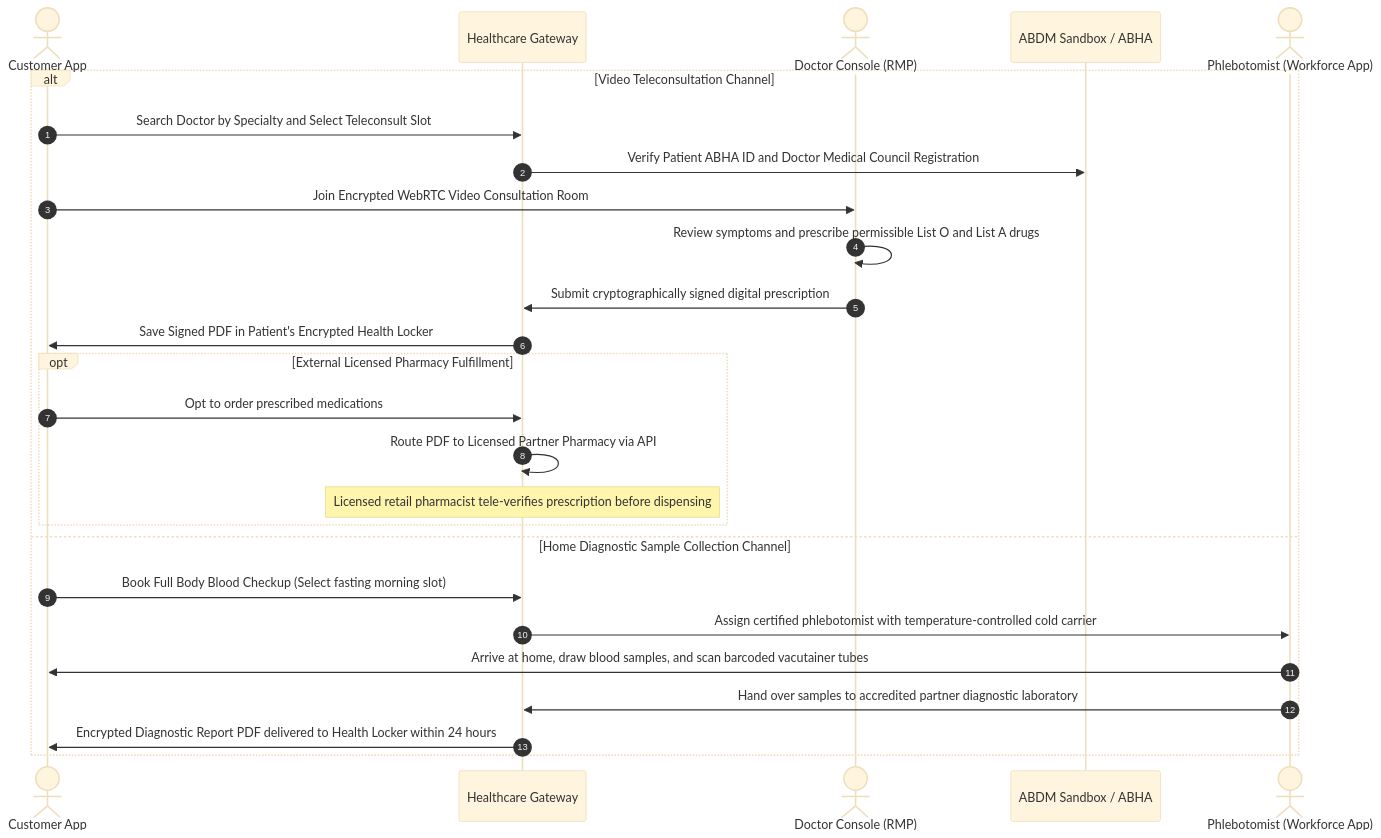
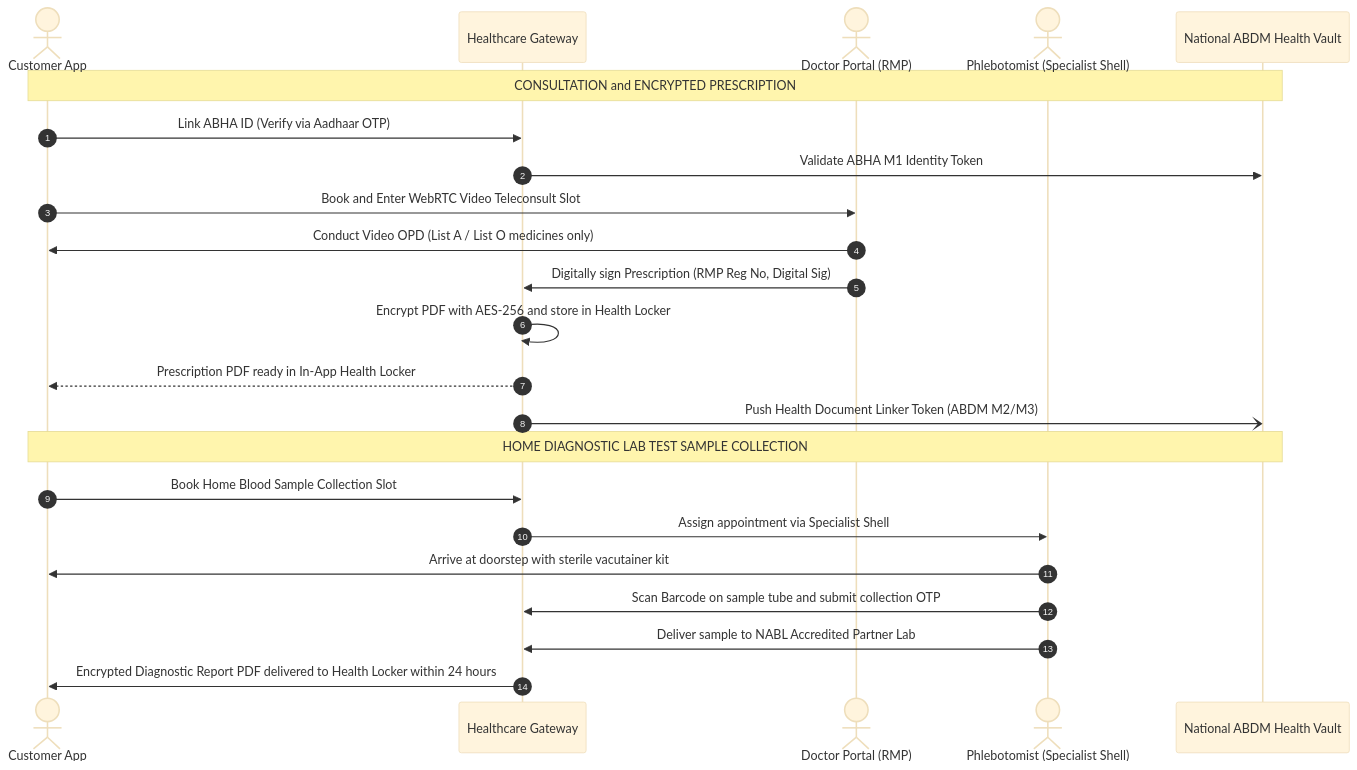
Before and after one commit to programmerfiroz/all-in-one: the tenth of 13 diagrams in docs/06_visual_hierarchy_and_flows/high_level_visual_hierarchy.md, drawn with Mermaid (base theme). The commit also changed other lines of this file and 1 other file, not shown here.

Commit message:
docs: implement master visual hierarchy and complete system flow blueprint (VHB-IND-V1.2)

````diff
--- a/docs/06_visual_hierarchy_and_flows/high_level_visual_hierarchy.md
+++ b/docs/06_visual_hierarchy_and_flows/high_level_visual_hierarchy.md
@@ -438,30 +417,27 @@
 ```mermaid
 sequenceDiagram
     autonumber
     actor Patient as Customer App
     participant Gateway as Healthcare Gateway
-    actor Doctor as Doctor Console (RMP)
-    participant ABDM as ABDM Sandbox / ABHA
-    actor Phleb as Phlebotomist (Workforce App)
+    actor Doctor as Doctor Portal (RMP)
+    actor Phleb as Phlebotomist (Specialist Shell)
+    participant ABDM as National ABDM Health Vault
 
-    alt Video Teleconsultation Channel
-        Patient->>Gateway: Search Doctor by Specialty and Select Teleconsult Slot
-        Gateway->>ABDM: Verify Patient ABHA ID and Doctor Medical Council Registration
-        Patient->>Doctor: Join Encrypted WebRTC Video Consultation Room
-        Doctor->>Doctor: Review symptoms and prescribe permissible List O and List A drugs
-        Doctor->>Gateway: Submit cryptographically signed digital prescription
-        Gateway->>Patient: Save Signed PDF in Patient's Encrypted Health Locker
-        
-        opt External Licensed Pharmacy Fulfillment
-            Patient->>Gateway: Opt to order prescribed medications
-            Gateway->>Gateway: Route PDF to Licensed Partner Pharmacy via API
-            Note over Gateway: Licensed retail pharmacist tele-verifies prescription before dispensing
-        end
-    else Home Diagnostic Sample Collection Channel
-        Patient->>Gateway: Book Full Body Blood Checkup (Select fasting morning slot)
-        Gateway->>Phleb: Assign certified phlebotomist with temperature-controlled cold carrier
-        Phleb->>Patient: Arrive at home, draw blood samples, and scan barcoded vacutainer tubes
-        Phleb->>Gateway: Hand over samples to accredited partner diagnostic laboratory
-        Gateway->>Patient: Encrypted Diagnostic Report PDF delivered to Health Locker within 24 hours
-    end
+    Note over Patient,ABDM: CONSULTATION and ENCRYPTED PRESCRIPTION
+    Patient->>Gateway: Link ABHA ID (Verify via Aadhaar OTP)
+    Gateway->>ABDM: Validate ABHA M1 Identity Token
+    Patient->>Doctor: Book and Enter WebRTC Video Teleconsult Slot
+    Doctor->>Patient: Conduct Video OPD (List A / List O medicines only)
+    Doctor->>Gateway: Digitally sign Prescription (RMP Reg No, Digital Sig)
+    Gateway->>Gateway: Encrypt PDF with AES-256 and store in Health Locker
+    Gateway-->>Patient: Prescription PDF ready in In-App Health Locker
+    Gateway-)ABDM: Push Health Document Linker Token (ABDM M2/M3)
+
+    Note over Patient,ABDM: HOME DIAGNOSTIC LAB TEST SAMPLE COLLECTION
+    Patient->>Gateway: Book Home Blood Sample Collection Slot
+    Gateway->>Phleb: Assign appointment via Specialist Shell
+    Phleb->>Patient: Arrive at doorstep with sterile vacutainer kit
+    Phleb->>Gateway: Scan Barcode on sample tube and submit collection OTP
+    Phleb->>Gateway: Deliver sample to NABL Accredited Partner Lab
+    Gateway->>Patient: Encrypted Diagnostic Report PDF delivered to Health Locker within 24 hours
 ```
````
